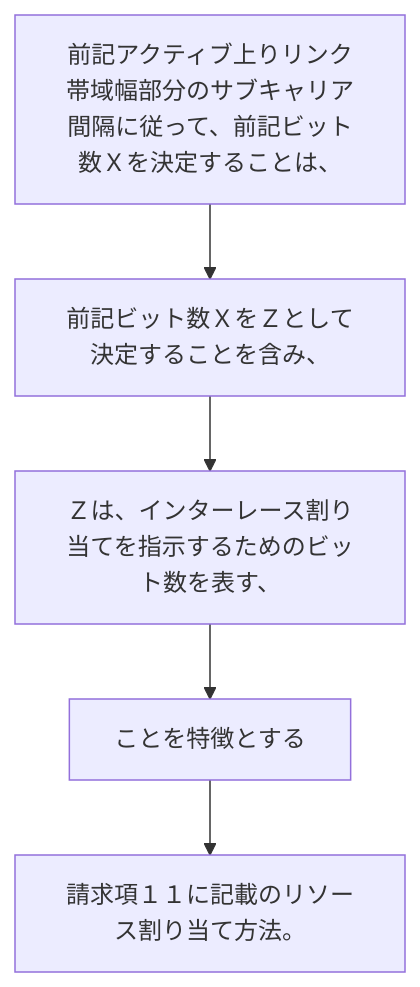
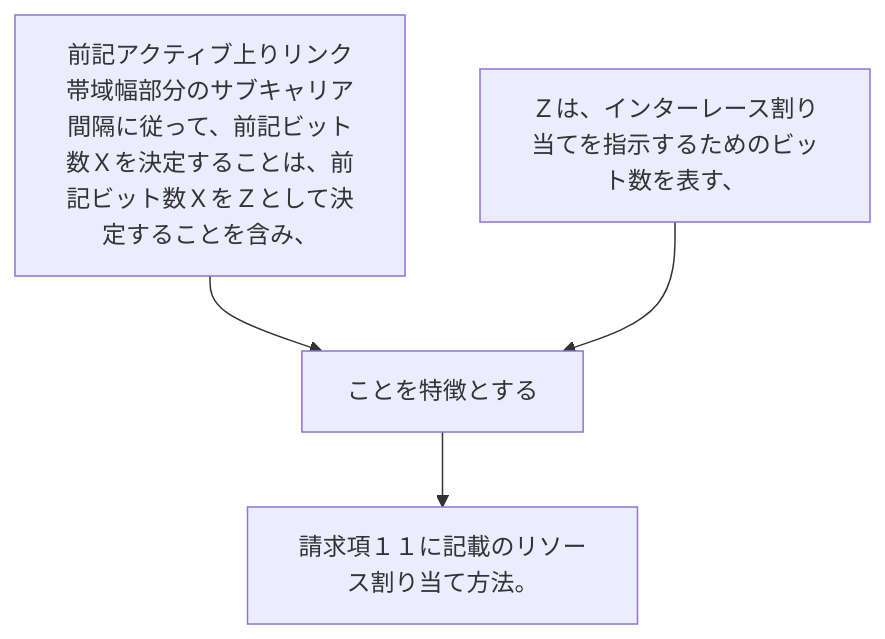
Before and after one commit to shinmori55/patent_analyzed: the diagram in 2024/JP2024029186A/claim_12/README.md, drawn with Mermaid. The commit also changed 336 other files, not shown here.

````diff
--- a/2024/JP2024029186A/claim_12/README.md
+++ b/2024/JP2024029186A/claim_12/README.md
@@ -3,12 +3,10 @@
 ```mermaid
 flowchart TD
-A[前記アクティブ上りリンク帯域幅部分のサブキャリア間隔に従って、前記ビット数Ｘを決定することは、]
-B[前記ビット数ＸをＺとして決定することを含み、]
-C[Ｚは、インターレース割り当てを指示するためのビット数を表す、]
-D[ことを特徴とする]
-E[請求項１１に記載のリソース割り当て方法。]
-A --> B
+A[前記アクティブ上りリンク帯域幅部分のサブキャリア間隔に従って、前記ビット数Ｘを決定することは、前記ビット数ＸをＺとして決定することを含み、]
+B[Ｚは、インターレース割り当てを指示するためのビット数を表す、]
+C[ことを特徴とする]
+D[請求項１１に記載のリソース割り当て方法。]
+A --> C
 B --> C
 C --> D
-D --> E
 ```
````
